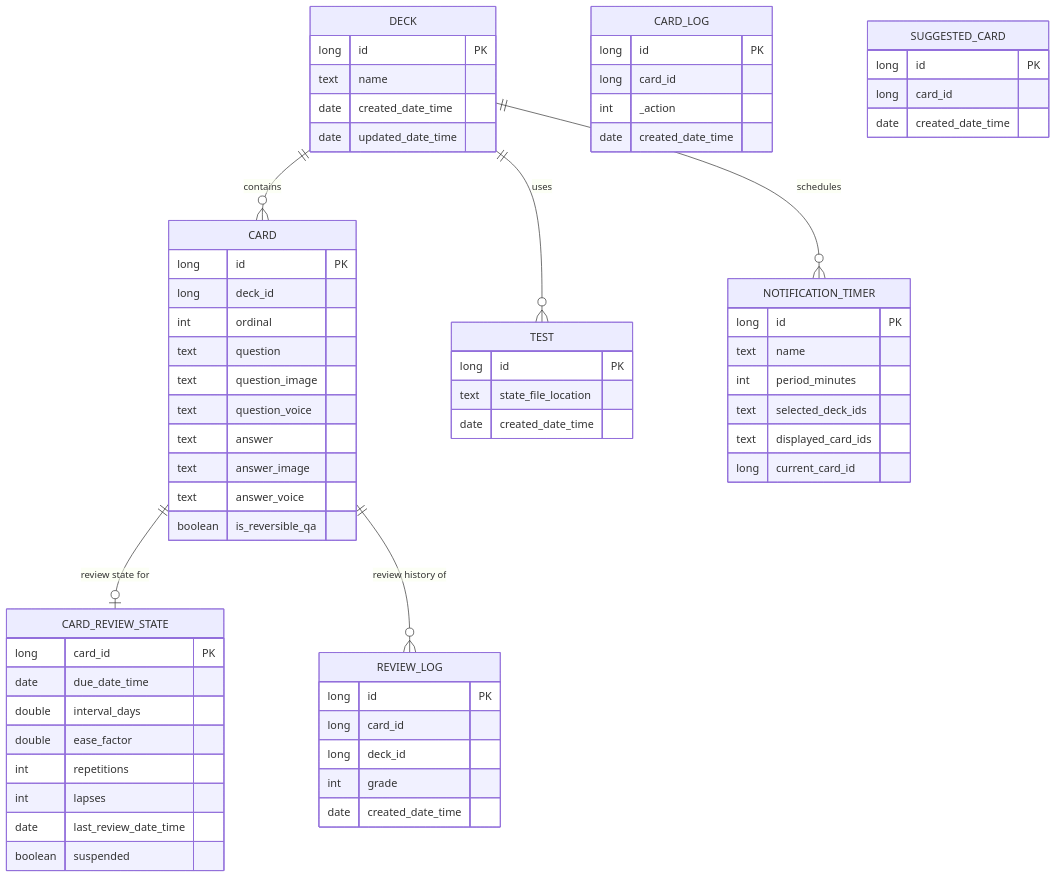
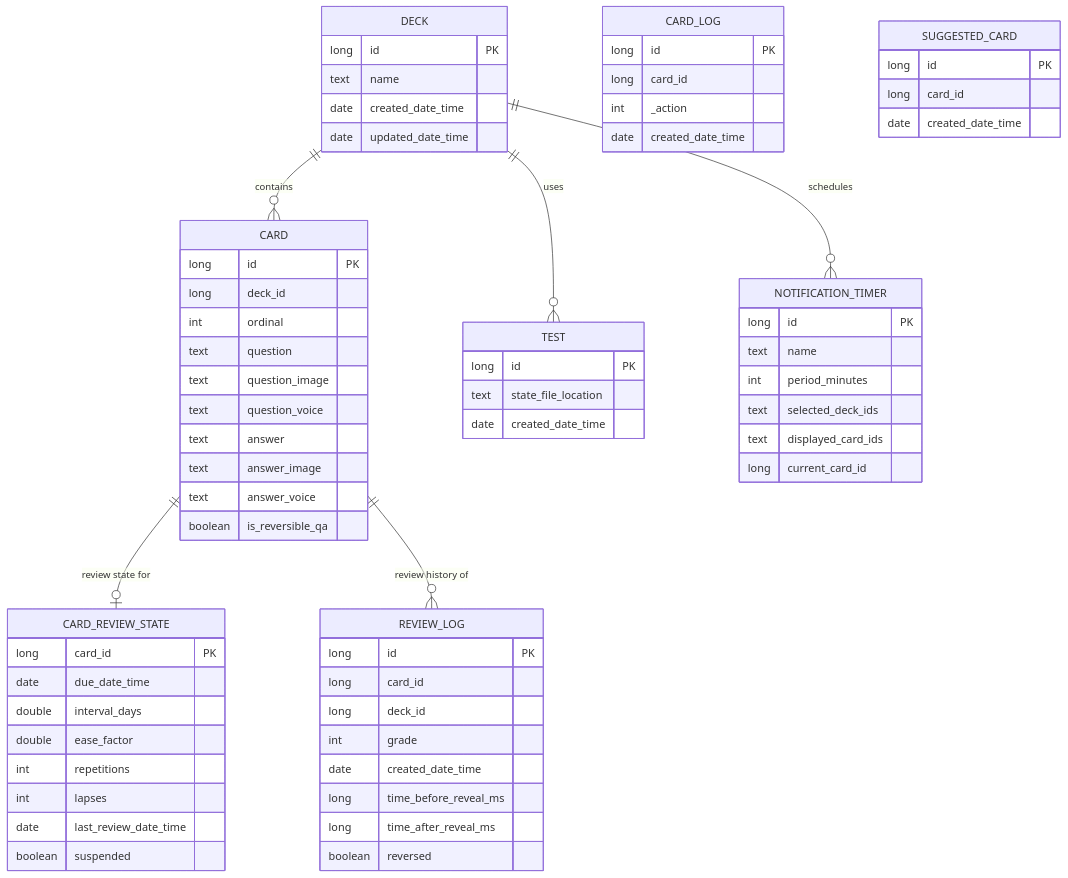
One commit to rh-id/a-flash-deck changed the fifth of 7 diagrams in README.md. Above: the diagram before and after it, drawn with Mermaid. The commit also changed other lines of this file and 7 other files, not shown here.

````diff
--- a/README.md
+++ b/README.md
@@ -327,75 +334,78 @@
 ```mermaid
 erDiagram
     DECK ||--o{ CARD : contains
     DECK ||--o{ TEST : uses
     DECK ||--o{ NOTIFICATION_TIMER : schedules
     CARD ||--o| CARD_REVIEW_STATE : "review state for"
     CARD ||--o{ REVIEW_LOG : "review history of"
 
     CARD {
         long id PK
         long deck_id
         int ordinal
         text question
         text question_image
         text question_voice
         text answer
         text answer_image
         text answer_voice
         boolean is_reversible_qa
     }
 
     DECK {
         long id PK
         text name
         date created_date_time
         date updated_date_time
     }
 
     TEST {
         long id PK
         text state_file_location
         date created_date_time
     }
 
     NOTIFICATION_TIMER {
         long id PK
         text name
         int period_minutes
         text selected_deck_ids
         text displayed_card_ids
         long current_card_id
     }
 
     CARD_REVIEW_STATE {
         long card_id PK
         date due_date_time
         double interval_days
         double ease_factor
         int repetitions
         int lapses
         date last_review_date_time
         boolean suspended
     }
 
     REVIEW_LOG {
         long id PK
         long card_id
         long deck_id
         int grade
         date created_date_time
+        long time_before_reveal_ms
+        long time_after_reveal_ms
+        boolean reversed
     }
 
     CARD_LOG {
         long id PK
         long card_id
         int _action
         date created_date_time
     }
 
     SUGGESTED_CARD {
         long id PK
         long card_id
         date created_date_time
     }
 ```
````
